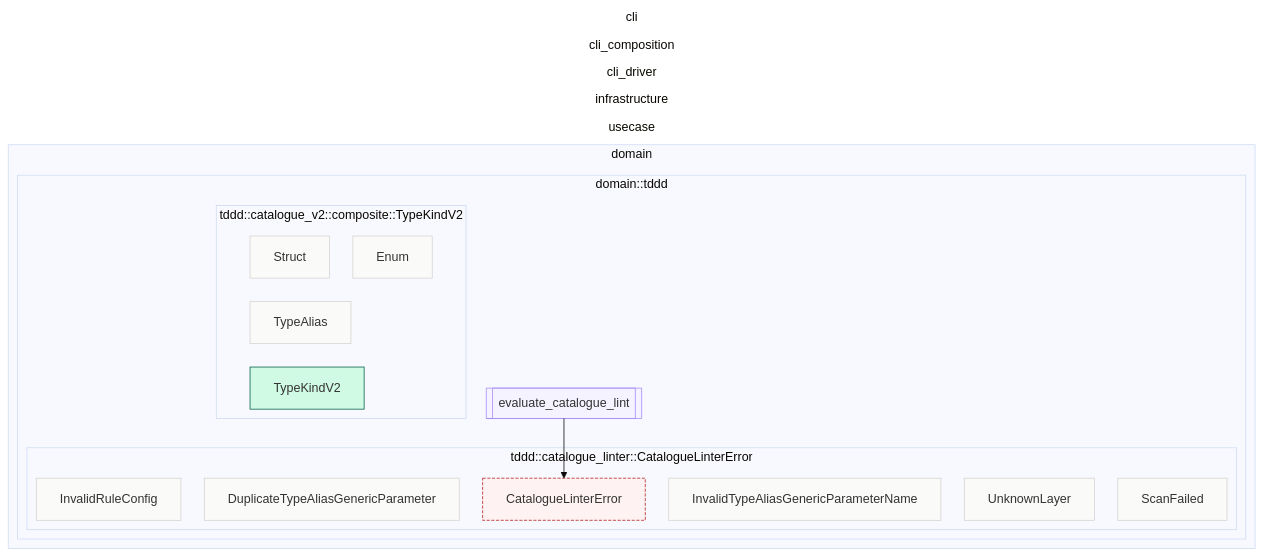
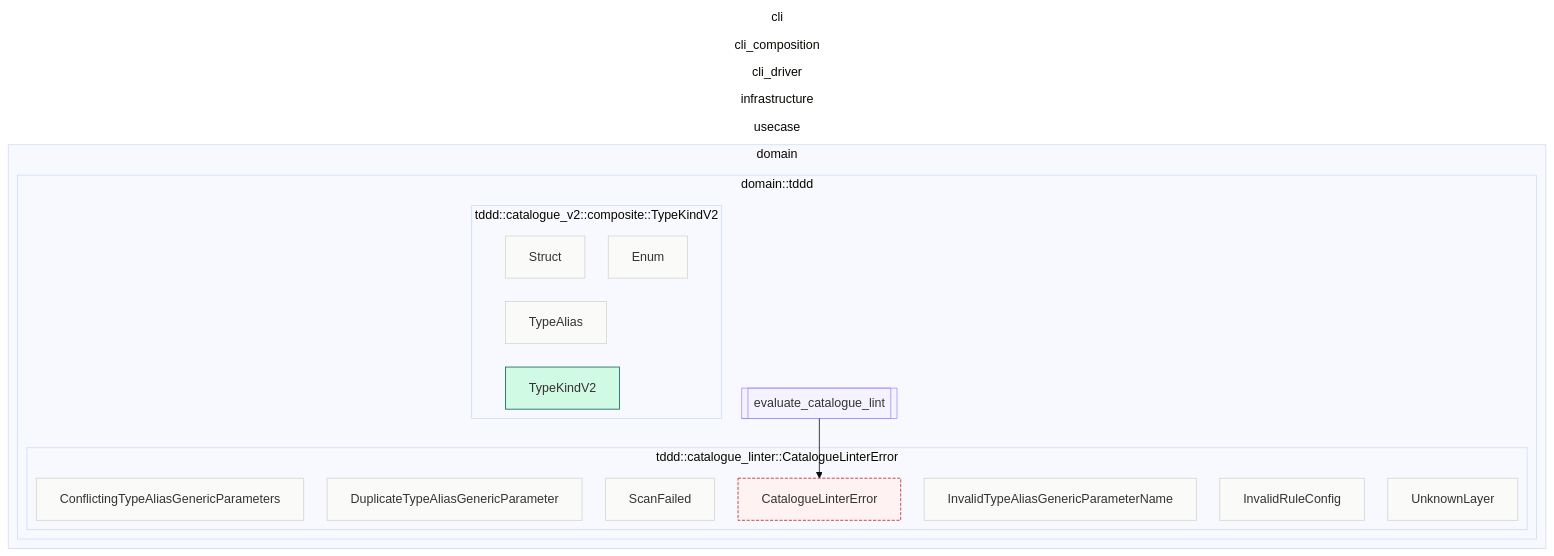
Before and after one commit to Flip451/SoTOHE-core: the diagram in track/items/2026-08-02-tddd-catalogue-generic-type-aliases/contract-map.md, drawn with Mermaid (base theme). The commit also changed 18 other files, not shown here.

First line of the commit message:
fix(tddd): preserve alias bounds and legacy generic validation

```diff
--- a/track/items/2026-08-02-tddd-catalogue-generic-type-aliases/contract-map.md
+++ b/track/items/2026-08-02-tddd-catalogue-generic-type-aliases/contract-map.md
@@ -41,6 +41,7 @@
     T34_domain_domain_CatalogueLinterError__self[CatalogueLinterError]
     T34_domain_domain_CatalogueLinterError_DuplicateTypeAliasGenericParameter[DuplicateTypeAliasGenericParameter]
     T34_domain_domain_CatalogueLinterError_InvalidTypeAliasGenericParameterName[InvalidTypeAliasGenericParameterName]
+    T34_domain_domain_CatalogueLinterError_ConflictingTypeAliasGenericParameters[ConflictingTypeAliasGenericParameters]
     T34_domain_domain_CatalogueLinterError_InvalidRuleConfig[InvalidRuleConfig]
     T34_domain_domain_CatalogueLinterError_UnknownLayer[UnknownLayer]
     T34_domain_domain_CatalogueLinterError_ScanFailed[ScanFailed]
@@ -73,6 +74,7 @@
 F69_domain_domain_domain__tddd__catalogue_linter__evaluate_catalogue_lint --> T34_domain_domain_CatalogueLinterError__self
 class T34_domain_domain_CatalogueLinterError_DuplicateTypeAliasGenericParameter variant_node
 class T34_domain_domain_CatalogueLinterError_InvalidTypeAliasGenericParameterName variant_node
+class T34_domain_domain_CatalogueLinterError_ConflictingTypeAliasGenericParameters variant_node
 class T34_domain_domain_CatalogueLinterError_InvalidRuleConfig variant_node
 class T34_domain_domain_CatalogueLinterError_UnknownLayer variant_node
 class T34_domain_domain_CatalogueLinterError_ScanFailed variant_node
```
